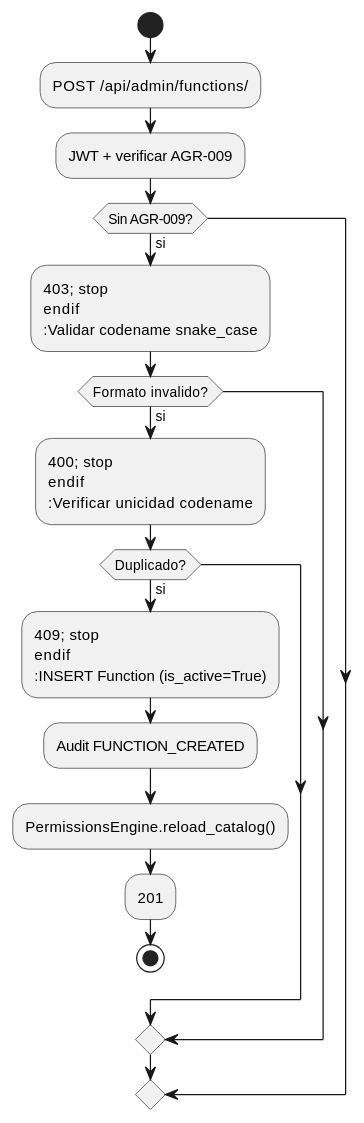
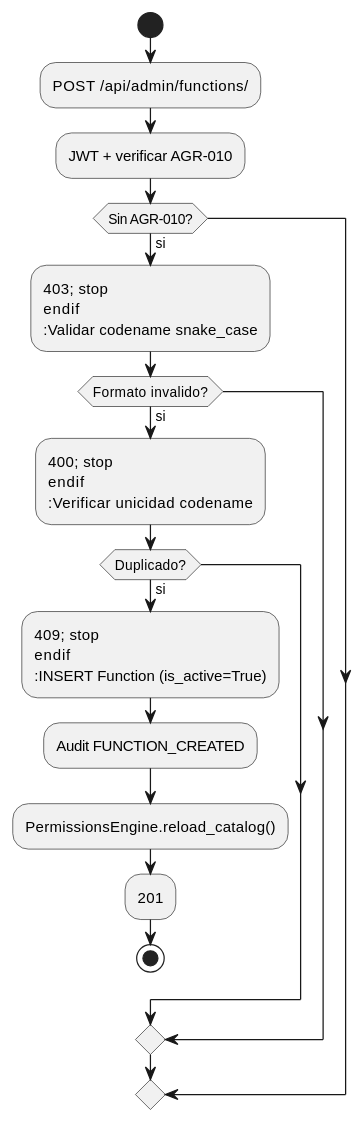
Before and after one commit to jcg-admin/IACT-docs: the diagram in source/requisitos/casos-uso/admin/uc-adm-02/diagramas-uml/actividad.rst, drawn with PlantUML. The commit also changed 43 other files, not shown here.

```diff
--- a/source/requisitos/casos-uso/admin/uc-adm-02/diagramas-uml/actividad.rst
+++ b/source/requisitos/casos-uso/admin/uc-adm-02/diagramas-uml/actividad.rst
@@ -4,23 +4,23 @@
 .. uml::
 
  @startuml
  start
  :POST /api/admin/functions/;
- :JWT + verificar AGR-009;
- if (Sin AGR-009?) then (si)
+ :JWT + verificar AGR-010;
+ if (Sin AGR-010?) then (si)
    :403; stop
  endif
  :Validar codename snake_case;
  if (Formato invalido?) then (si)
    :400; stop
  endif
  :Verificar unicidad codename;
  if (Duplicado?) then (si)
    :409; stop
  endif
  :INSERT Function (is_active=True);
  :Audit FUNCTION_CREATED;
  :PermissionsEngine.reload_catalog();
  :201;
  stop
  @enduml
```
